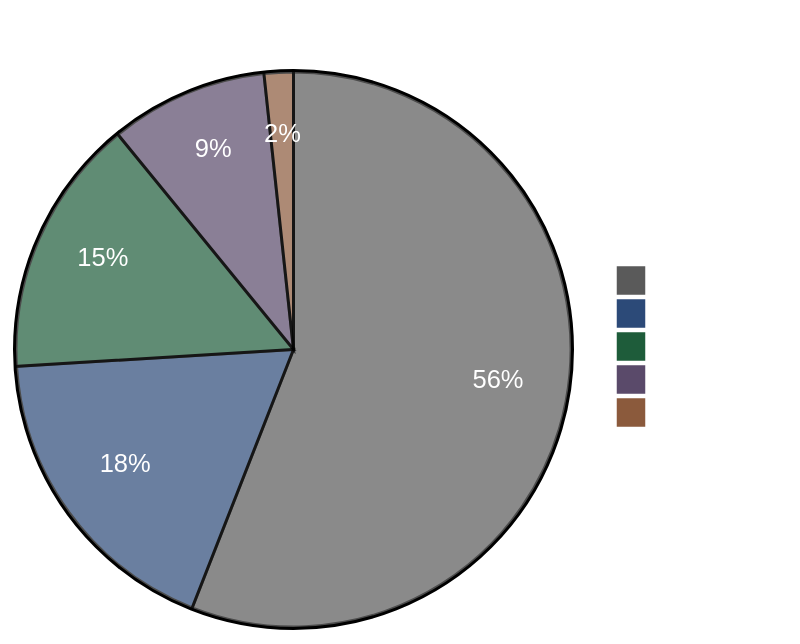
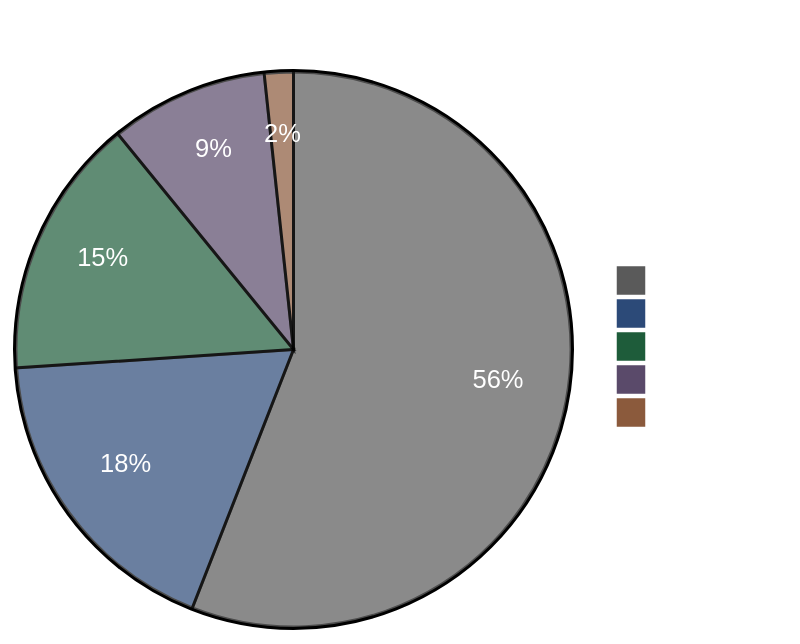
One commit to ccmeteorljh/reco-arxiv-daily changed the diagram in README.md. Above: the diagram before and after it, drawn with Mermaid. The commit also changed other lines of this file and 7 other files, not shown here.

````diff
--- a/README.md
+++ b/README.md
@@ -6,19 +6,19 @@
 ```mermaid
 %%{init: {'theme':'base', 'themeVariables': {
   'pie1':'#5a5a5a',
   'pie2':'#2c4a78',
   'pie3':'#1e5c3a',
   'pie4':'#5a4a6a',
   'pie5':'#8b5a3c',
   'pieTitleTextColor':'#ffffff',
   'pieSectionTextColor':'#ffffff',
   'pieLegendTextColor':'#ffffff'
 }}}%%
 pie showData
 title Paper Distribution by Tag
-  "Other" : 724
-  "LLM" : 234
-  "GR" : 195
-  "Seq" : 119
+  "Other" : 730
+  "LLM" : 235
+  "GR" : 198
+  "Seq" : 120
   "Scaling" : 22
 ```
````
